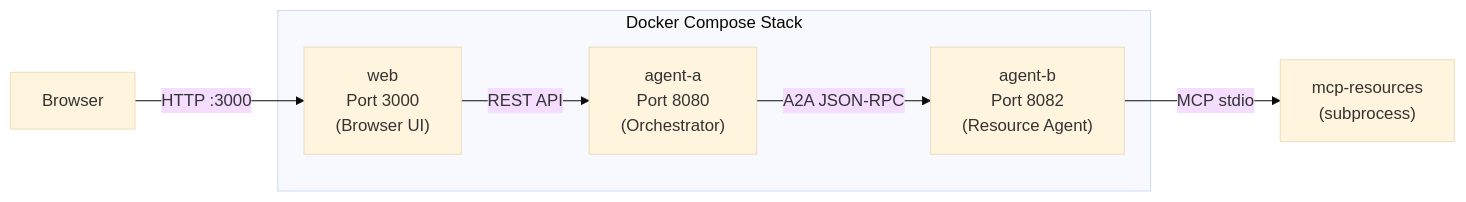
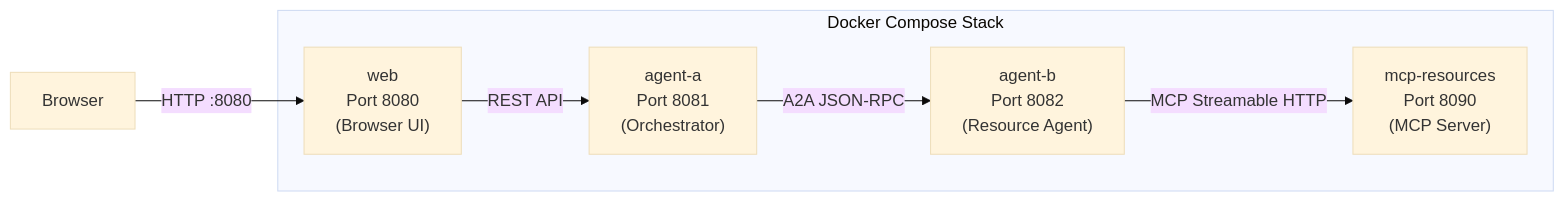
One commit to smorand/agent-stop-and-go changed the diagram in docs/deployment.md. Above: the diagram before and after it, drawn with Mermaid (base theme). The commit also changed other lines of this file and 33 other files, not shown here.

````diff
--- a/docs/deployment.md
+++ b/docs/deployment.md
@@ -157,13 +157,14 @@
 ```mermaid
 graph LR
     subgraph "Docker Compose Stack"
-        Web["web<br/>Port 3000<br/>(Browser UI)"]
-        AgentA["agent-a<br/>Port 8080<br/>(Orchestrator)"]
+        Web["web<br/>Port 8080<br/>(Browser UI)"]
+        AgentA["agent-a<br/>Port 8081<br/>(Orchestrator)"]
         AgentB["agent-b<br/>Port 8082<br/>(Resource Agent)"]
+        MCP["mcp-resources<br/>Port 8090<br/>(MCP Server)"]
     end
 
-    Browser["Browser"] -->|"HTTP :3000"| Web
+    Browser["Browser"] -->|"HTTP :8080"| Web
     Web -->|"REST API"| AgentA
     AgentA -->|"A2A JSON-RPC"| AgentB
-    AgentB -->|"MCP stdio"| MCP["mcp-resources<br/>(subprocess)"]
+    AgentB -->|"MCP Streamable HTTP"| MCP
 ```
````
